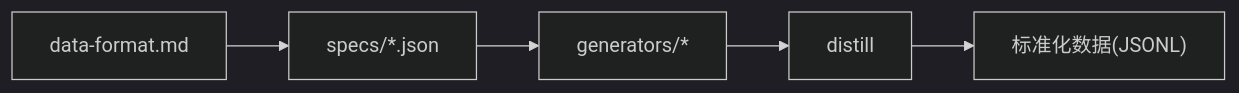
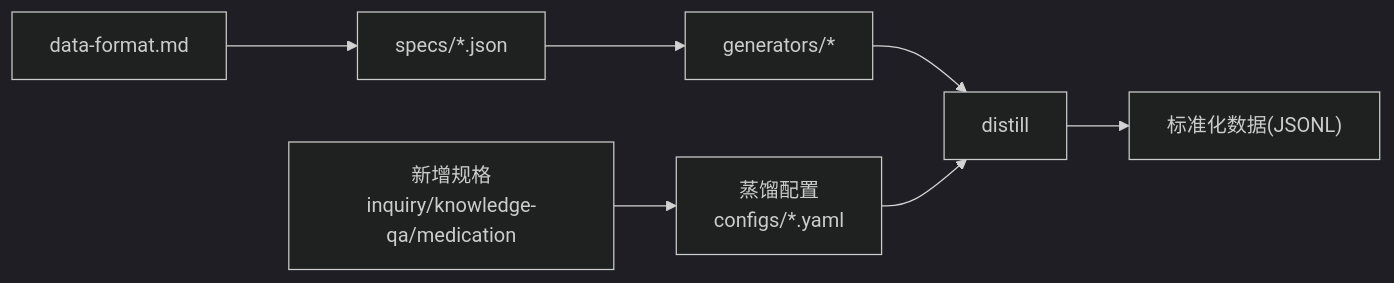
One commit to joezxh/kev changed the seventh of 7 diagrams in .qoder/repowiki/zh/content/训练框架/数据准备/医疗数据格式规范.md. Above: the diagram before and after it, drawn with Mermaid (dark theme). The commit also changed other lines of this file and 220 other files, not shown here.

````diff
--- a/.qoder/repowiki/zh/content/训练框架/数据准备/医疗数据格式规范.md
+++ b/.qoder/repowiki/zh/content/训练框架/数据准备/医疗数据格式规范.md
@@ -265,7 +319,9 @@
 ```mermaid
 graph LR
 DF["data-format.md"] --> SP["specs/*.json"]
 SP --> GM["generators/*"]
 GM --> DL["distill"]
 DL --> OUT["标准化数据(JSONL)"]
+NSP["新增规格<br/>inquiry/knowledge-qa/medication"] --> DC["蒸馏配置<br/>configs/*.yaml"]
+DC --> DL
 ```
````
